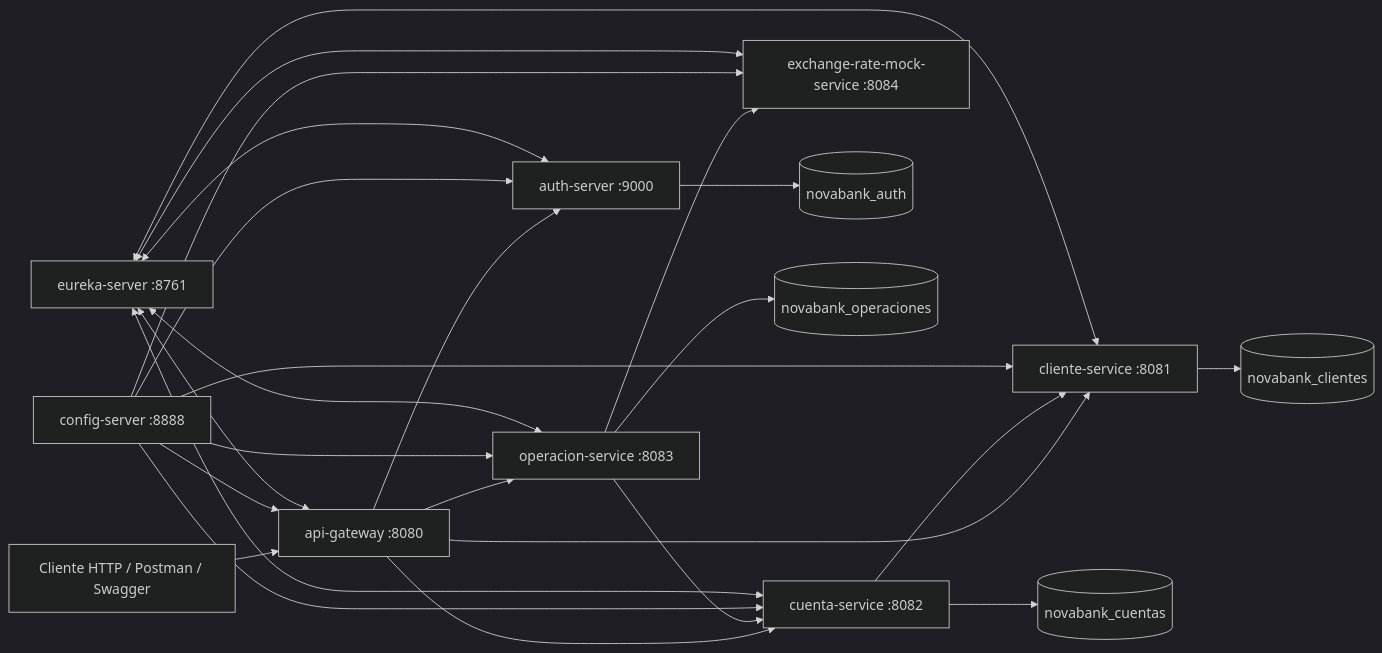
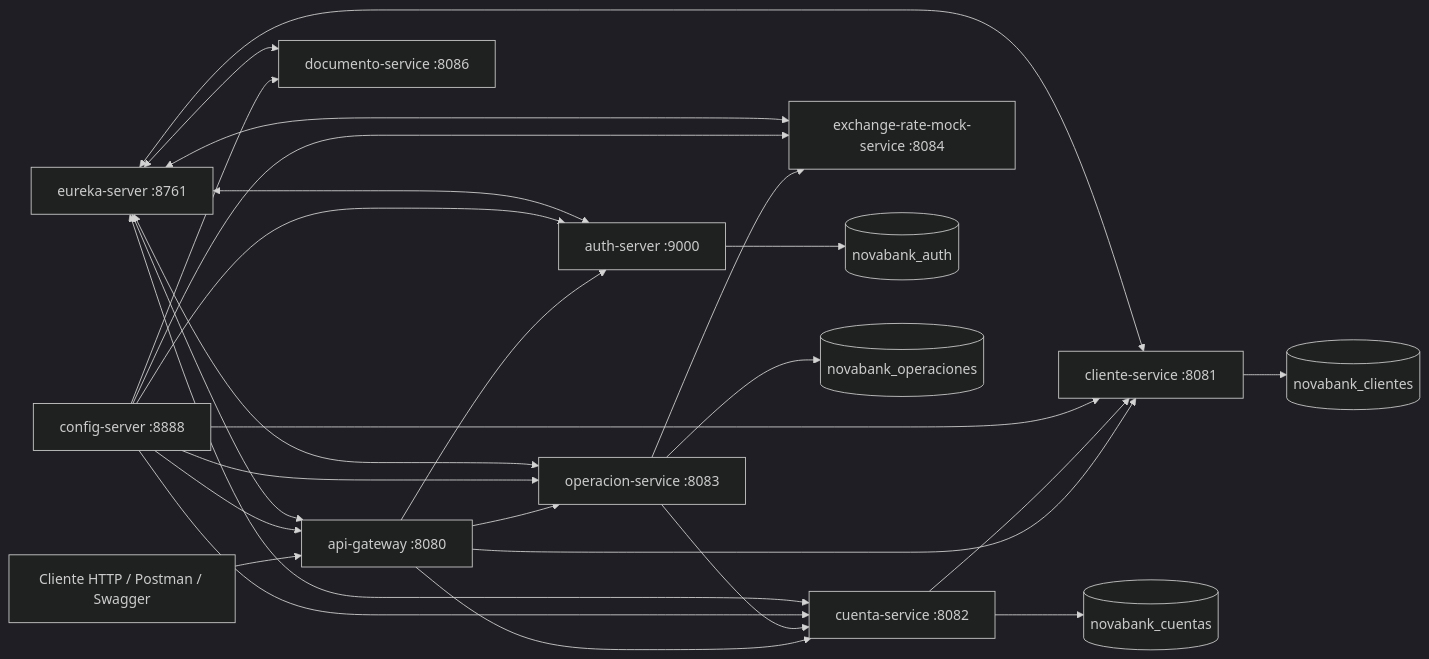
The first of 2 diagrams in README.md (CroquetaConQueso/NovaBank), drawn with Mermaid (dark theme) before and after one commit. The commit also changed other lines of this file and 30 other files, not shown here.

Commit message:
feat(documento-service): create hexagonal skeleton for receipts

````diff
--- a/README.md
+++ b/README.md
@@ -36,31 +36,34 @@
 ```mermaid
 flowchart LR
     client["Cliente HTTP / Postman / Swagger"] --> gateway["api-gateway :8080"]
     gateway --> auth["auth-server :9000"]
     gateway --> clientes["cliente-service :8081"]
     gateway --> cuentas["cuenta-service :8082"]
     gateway --> operaciones["operacion-service :8083"]
 
     operaciones --> cuentas
     cuentas --> clientes
     operaciones --> exchange["exchange-rate-mock-service :8084"]
+    documentos["documento-service :8086"]
 
     auth --> dbAuth[("novabank_auth")]
     clientes --> dbClientes[("novabank_clientes")]
     cuentas --> dbCuentas[("novabank_cuentas")]
     operaciones --> dbOperaciones[("novabank_operaciones")]
 
     config["config-server :8888"] --> gateway
     config --> auth
     config --> clientes
     config --> cuentas
     config --> operaciones
     config --> exchange
+    config --> documentos
 
     eureka["eureka-server :8761"] <--> gateway
     eureka <--> auth
     eureka <--> clientes
     eureka <--> cuentas
     eureka <--> operaciones
     eureka <--> exchange
+    eureka <--> documentos
 ```
````
